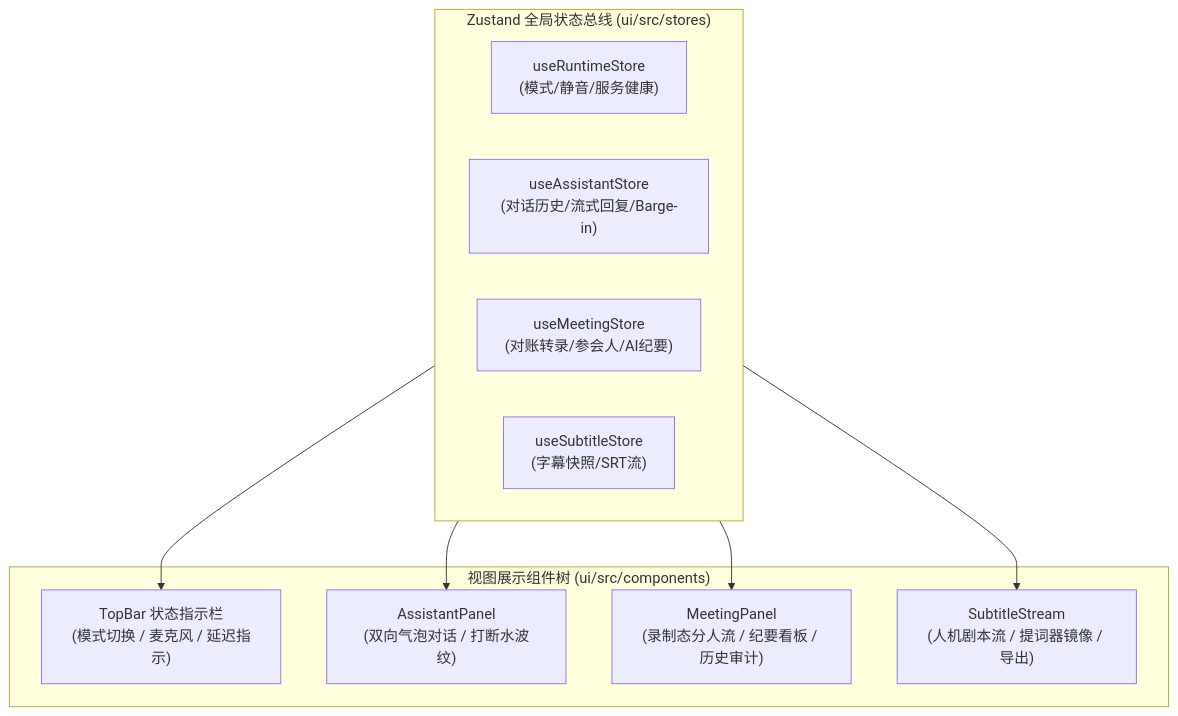
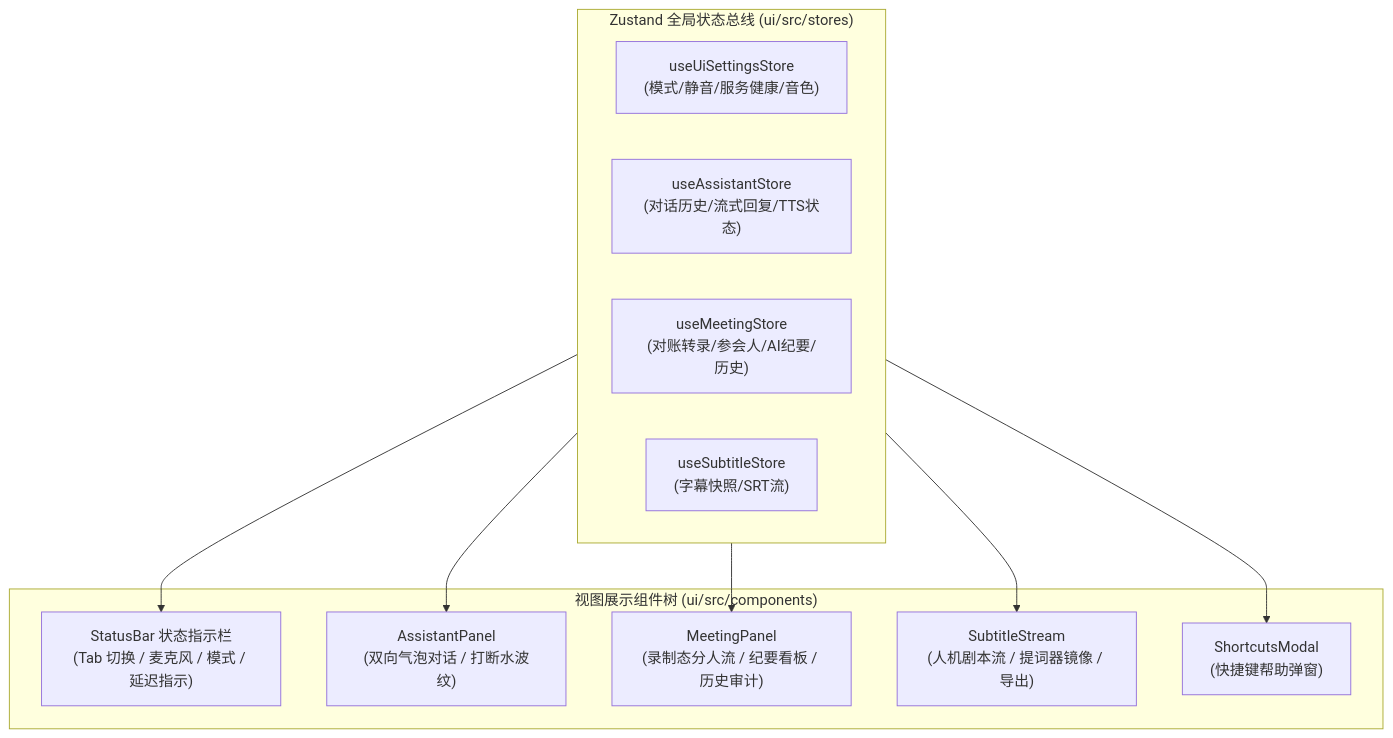
One commit to hrygo/voice-realtime changed diagram 13 of 13 in docs/系统总体架构与详细设计方案.md. Above: the diagram before and after it, drawn with Mermaid. The commit also changed other lines of this file and 8 other files, not shown here.

Commit message:
docs(architecture): 审查校对系统总体架构方案并完善会议面板交互体验

````diff
--- a/docs/系统总体架构与详细设计方案.md
+++ b/docs/系统总体架构与详细设计方案.md
@@ -649,21 +702,23 @@
 ```mermaid
 flowchart TD
     subgraph UI_STORE["Zustand 全局状态总线 (ui/src/stores)"]
-        STORE_RUNTIME["useRuntimeStore<br/>(模式/静音/服务健康)"]
-        STORE_ASST["useAssistantStore<br/>(对话历史/流式回复/Barge-in)"]
-        STORE_MEET["useMeetingStore<br/>(对账转录/参会人/AI纪要)"]
+        STORE_RUNTIME["useUiSettingsStore<br/>(模式/静音/服务健康/音色)"]
+        STORE_ASST["useAssistantStore<br/>(对话历史/流式回复/TTS状态)"]
+        STORE_MEET["useMeetingStore<br/>(对账转录/参会人/AI纪要/历史)"]
         STORE_SUB["useSubtitleStore<br/>(字幕快照/SRT流)"]
     end
 
     subgraph UI_VIEWS["视图展示组件树 (ui/src/components)"]
-        HEADER["TopBar 状态指示栏<br/>(模式切换 / 麦克风 / 延迟指示)"]
+        HEADER["StatusBar 状态指示栏<br/>(Tab 切换 / 麦克风 / 模式 / 延迟指示)"]
         PANEL_ASST["AssistantPanel<br/>(双向气泡对话 / 打断水波纹)"]
         PANEL_MEET["MeetingPanel<br/>(录制态分人流 / 纪要看板 / 历史审计)"]
         PANEL_SUB["SubtitleStream<br/>(人机剧本流 / 提词器镜像 / 导出)"]
+        MODAL_SHORTCUT["ShortcutsModal<br/>(快捷键帮助弹窗)"]
     end
 
     UI_STORE --> HEADER
     UI_STORE --> PANEL_ASST
     UI_STORE --> PANEL_MEET
     UI_STORE --> PANEL_SUB
+    UI_STORE --> MODAL_SHORTCUT
 ```
````
